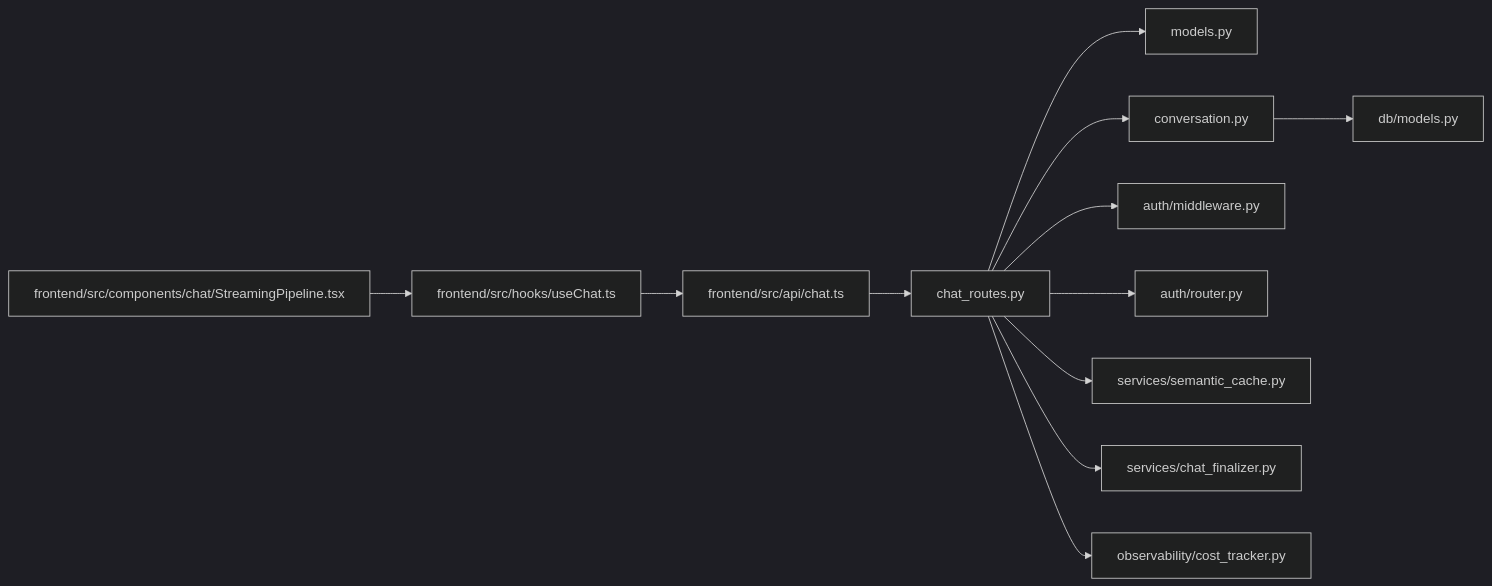
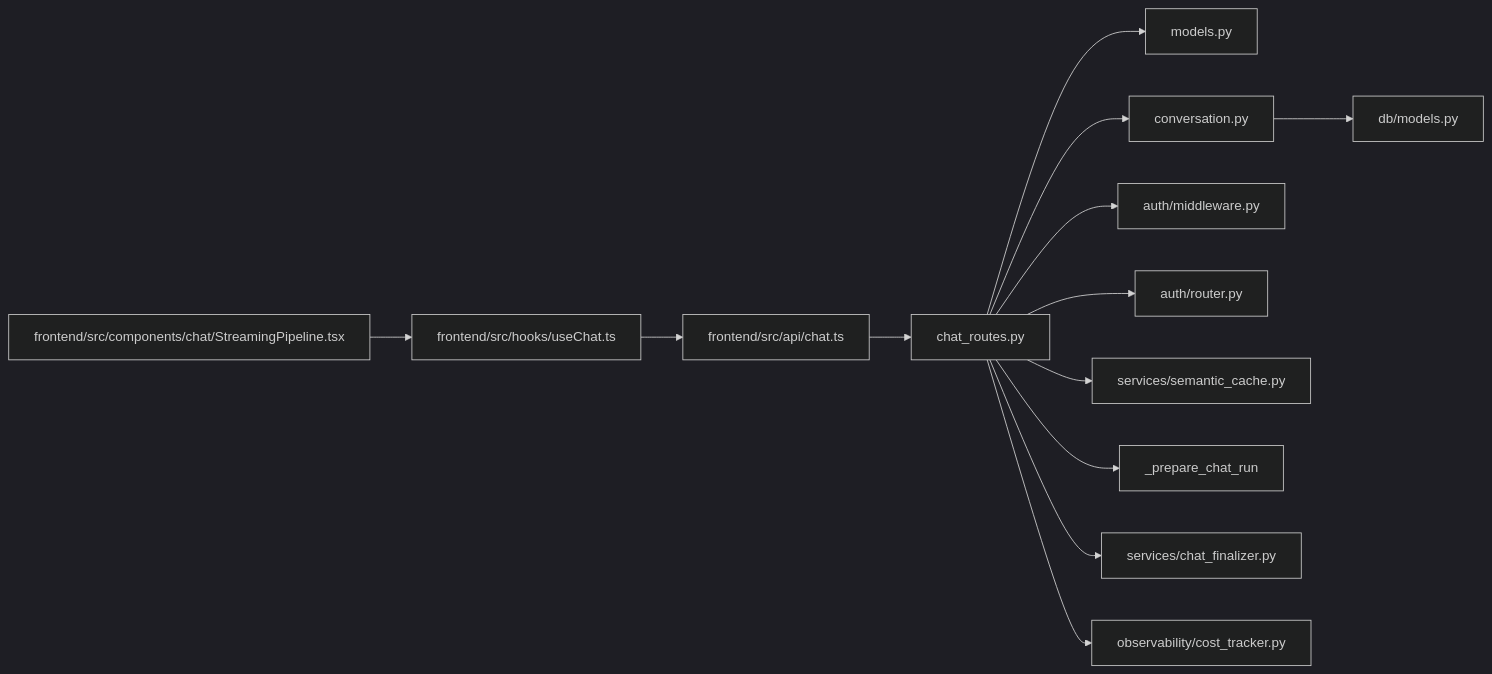
The seventh of 7 diagrams in .qoder/repowiki/en/content/Backend Development/API Endpoints/Chat Endpoints.md (genes8/private-ai), drawn with Mermaid (dark theme) before and after one commit. The commit also changed other lines of this file and 101 other files, not shown here.

````diff
--- a/.qoder/repowiki/en/content/Backend Development/API Endpoints/Chat Endpoints.md
+++ b/.qoder/repowiki/en/content/Backend Development/API Endpoints/Chat Endpoints.md
@@ -525,14 +574,15 @@
 ```mermaid
 graph LR
 CR["chat_routes.py"] --> M["models.py"]
 CR --> CM["conversation.py"]
 CR --> AM["auth/middleware.py"]
 CR --> AR["auth/router.py"]
 CR --> SC["services/semantic_cache.py"]
+CR --> PF["_prepare_chat_run"]
 CR --> CF["services/chat_finalizer.py"]
 CR --> CT["observability/cost_tracker.py"]
 CM --> DBM["db/models.py"]
 FE["frontend/src/api/chat.ts"] --> CR
 HC["frontend/src/hooks/useChat.ts"] --> FE
 UI["frontend/src/components/chat/StreamingPipeline.tsx"] --> HC
 ```
````
